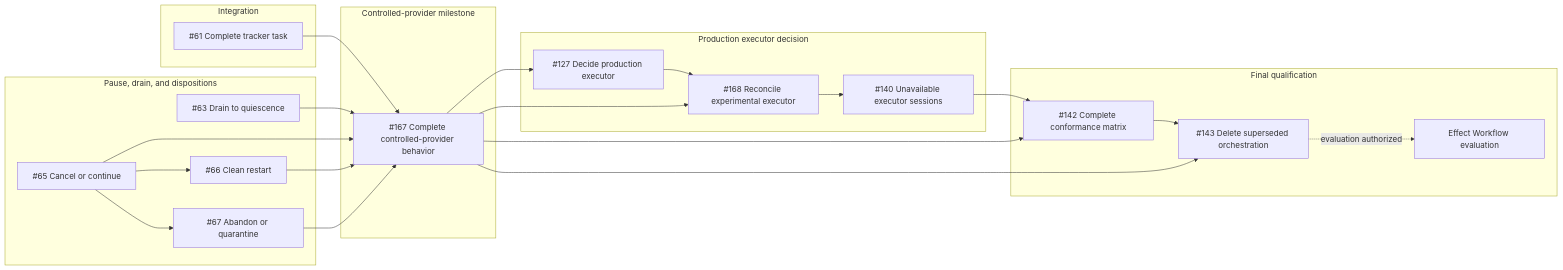
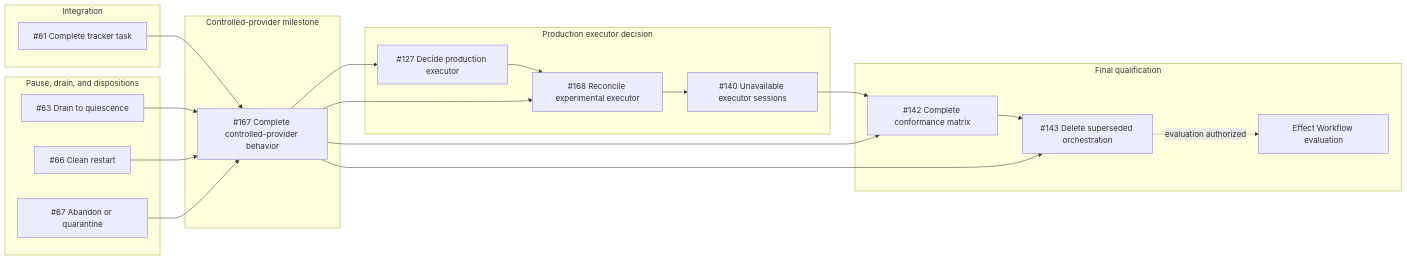
One commit to dearlordylord/dalph changed the diagram in research/effect-workflow-prerequisite-subgraph.md. Above: the diagram before and after it, drawn with Mermaid.

Commit message:
docs: remove completed issue 65 prerequisite

````diff
--- a/research/effect-workflow-prerequisite-subgraph.md
+++ b/research/effect-workflow-prerequisite-subgraph.md
@@ -1,48 +1,43 @@
 ```mermaid
 flowchart LR
   subgraph integration["Integration"]
     i61["#61 Complete tracker task"]
   end
 
   subgraph controls["Pause, drain, and dispositions"]
     i63["#63 Drain to quiescence"]
-    i65["#65 Cancel or continue"]
     i66["#66 Clean restart"]
     i67["#67 Abandon or quarantine"]
   end
 
   subgraph milestone["Controlled-provider milestone"]
     i167["#167 Complete controlled-provider behavior"]
   end
 
   subgraph production["Production executor decision"]
     i127["#127 Decide production executor"]
     i168["#168 Reconcile experimental executor"]
     i140["#140 Unavailable executor sessions"]
   end
 
   subgraph final["Final qualification"]
     i142["#142 Complete conformance matrix"]
     i143["#143 Delete superseded orchestration"]
     effectWorkflow["Effect Workflow evaluation"]
   end
 
-  i65 --> i66
-  i65 --> i67
-
   i61 --> i167
   i63 --> i167
-  i65 --> i167
   i66 --> i167
   i67 --> i167
   i167 --> i127
   i127 --> i168
   i167 --> i168
   i168 --> i140
 
   i140 --> i142
   i167 --> i142
   i142 --> i143
   i167 --> i143
   i143 -. evaluation authorized .-> effectWorkflow
 ```
````
